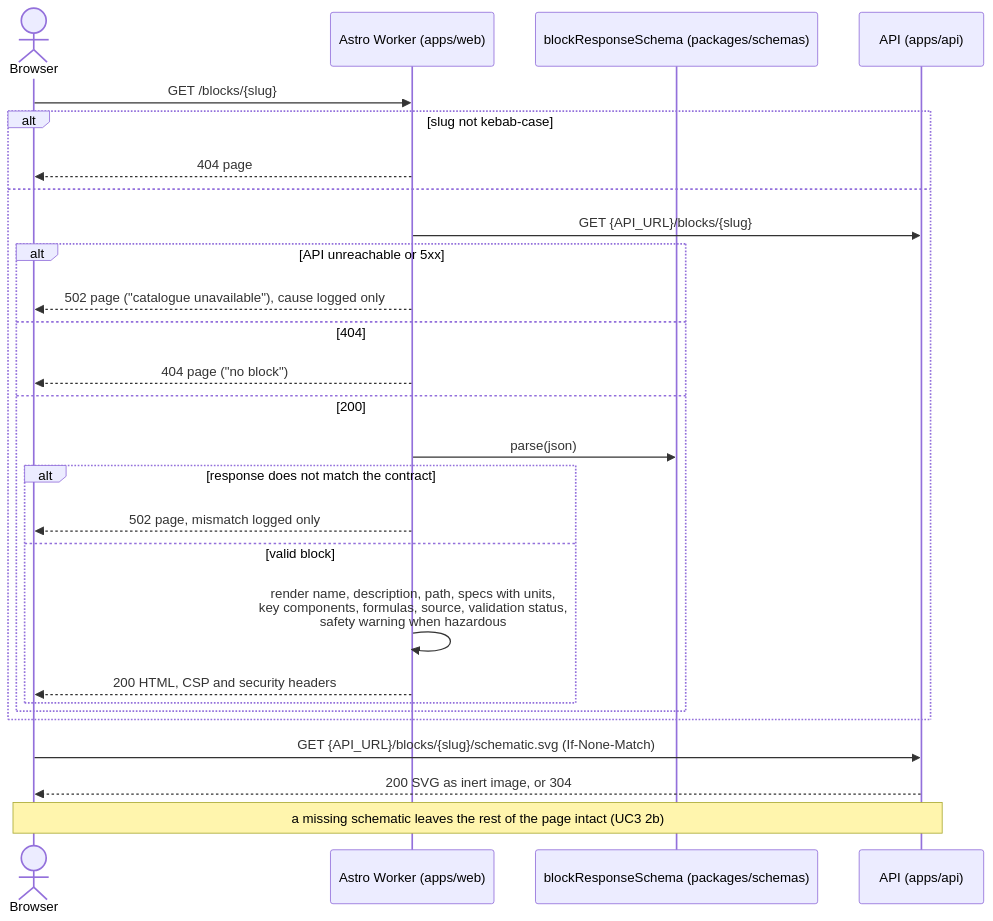
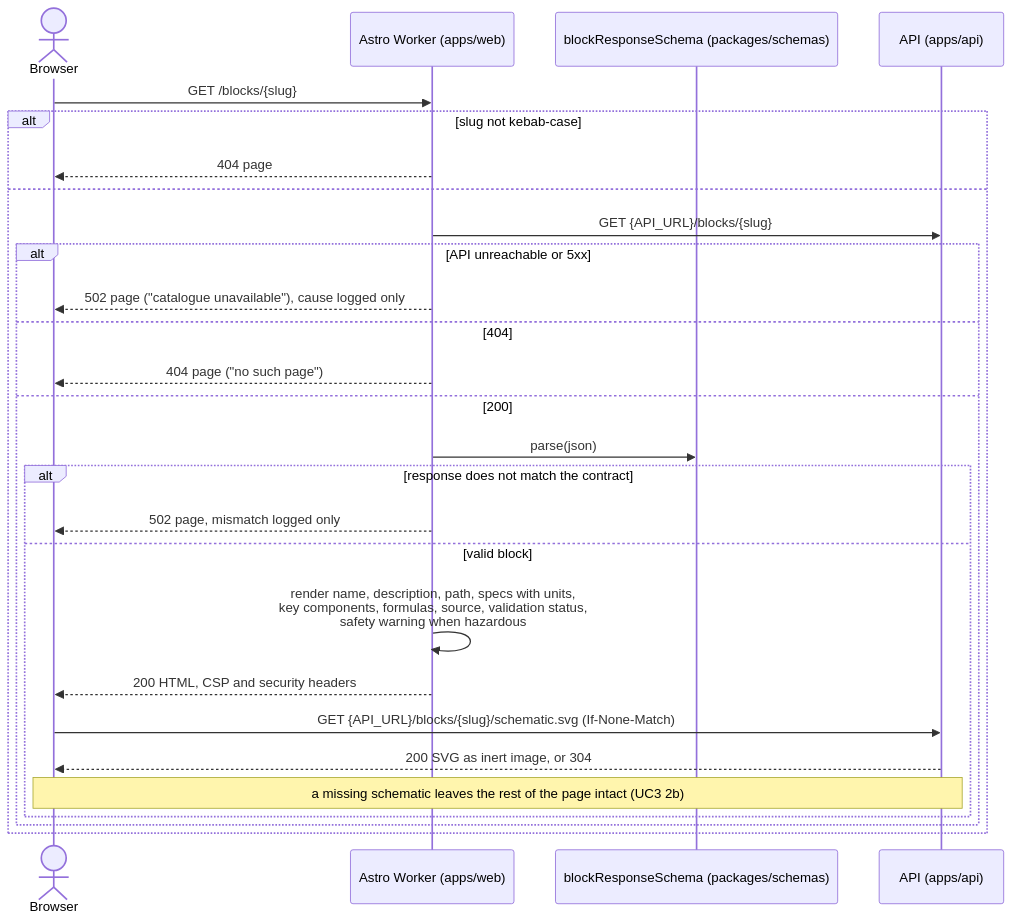
Before and after one commit to benoit-bremaud/ohm-sweet-ohm: the diagram in docs/architecture/diagrams/catalogue/06-sequence-view-block-page.md, drawn with Mermaid. The commit also changed 24 other files, not shown here.

````diff
--- a/docs/architecture/diagrams/catalogue/06-sequence-view-block-page.md
+++ b/docs/architecture/diagrams/catalogue/06-sequence-view-block-page.md
@@ -21,31 +21,30 @@
 ```mermaid
 sequenceDiagram
   actor Browser
   participant Web as Astro Worker (apps/web)
   participant Schema as blockResponseSchema (packages/schemas)
   participant API as API (apps/api)
 
   Browser->>Web: GET /blocks/{slug}
   alt slug not kebab-case
     Web-->>Browser: 404 page
   else
     Web->>API: GET {API_URL}/blocks/{slug}
     alt API unreachable or 5xx
       Web-->>Browser: 502 page ("catalogue unavailable"), cause logged only
     else 404
-      Web-->>Browser: 404 page ("no block")
+      Web-->>Browser: 404 page ("no such page")
     else 200
       Web->>Schema: parse(json)
       alt response does not match the contract
         Web-->>Browser: 502 page, mismatch logged only
       else valid block
         Web->>Web: render name, description, path, specs with units,<br/>key components, formulas, source, validation status,<br/>safety warning when hazardous
         Web-->>Browser: 200 HTML, CSP and security headers
+        Browser->>API: GET {API_URL}/blocks/{slug}/schematic.svg (If-None-Match)
+        API-->>Browser: 200 SVG as inert image, or 304
+        Note over Browser,API: a missing schematic leaves the rest of the page intact (UC3 2b)
       end
     end
   end
-
-  Browser->>API: GET {API_URL}/blocks/{slug}/schematic.svg (If-None-Match)
-  API-->>Browser: 200 SVG as inert image, or 304
-  Note over Browser,API: a missing schematic leaves the rest of the page intact (UC3 2b)
 ```
````
